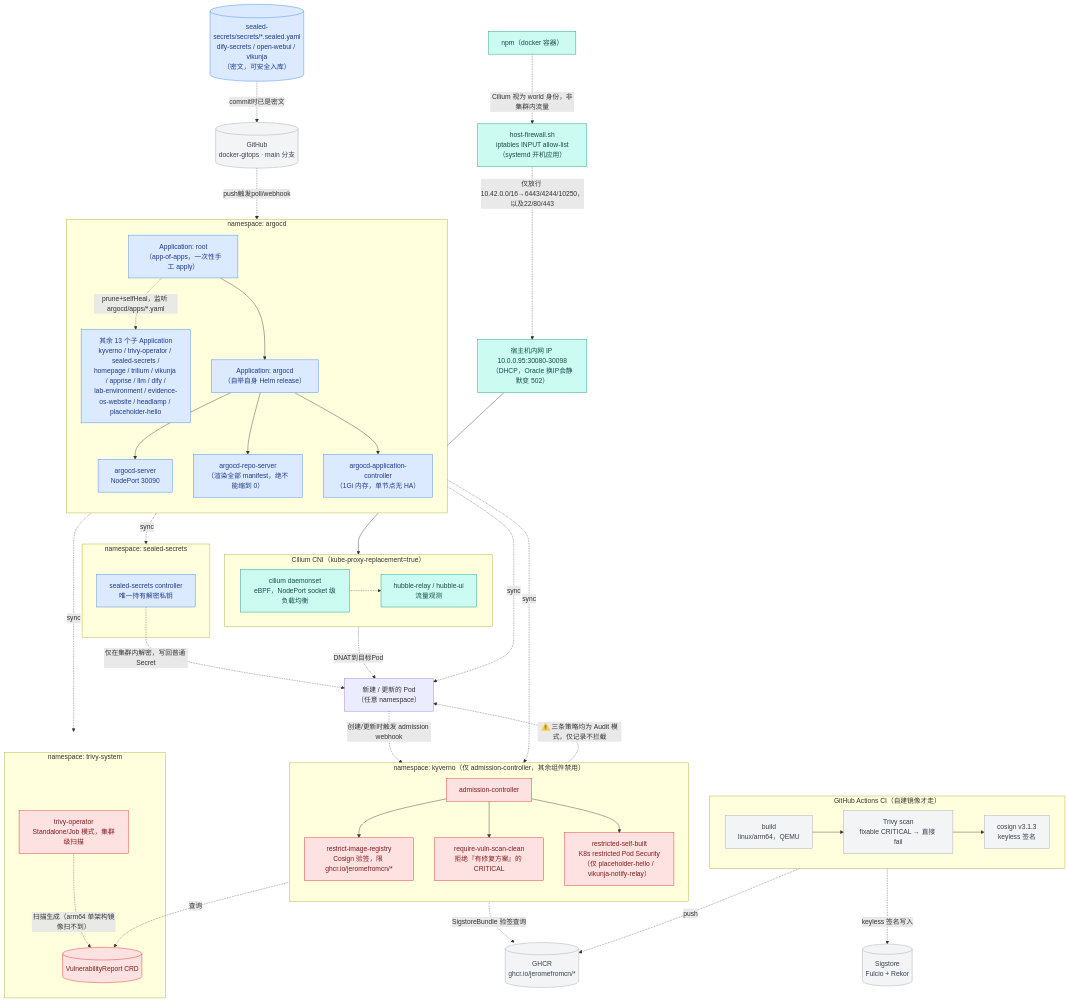
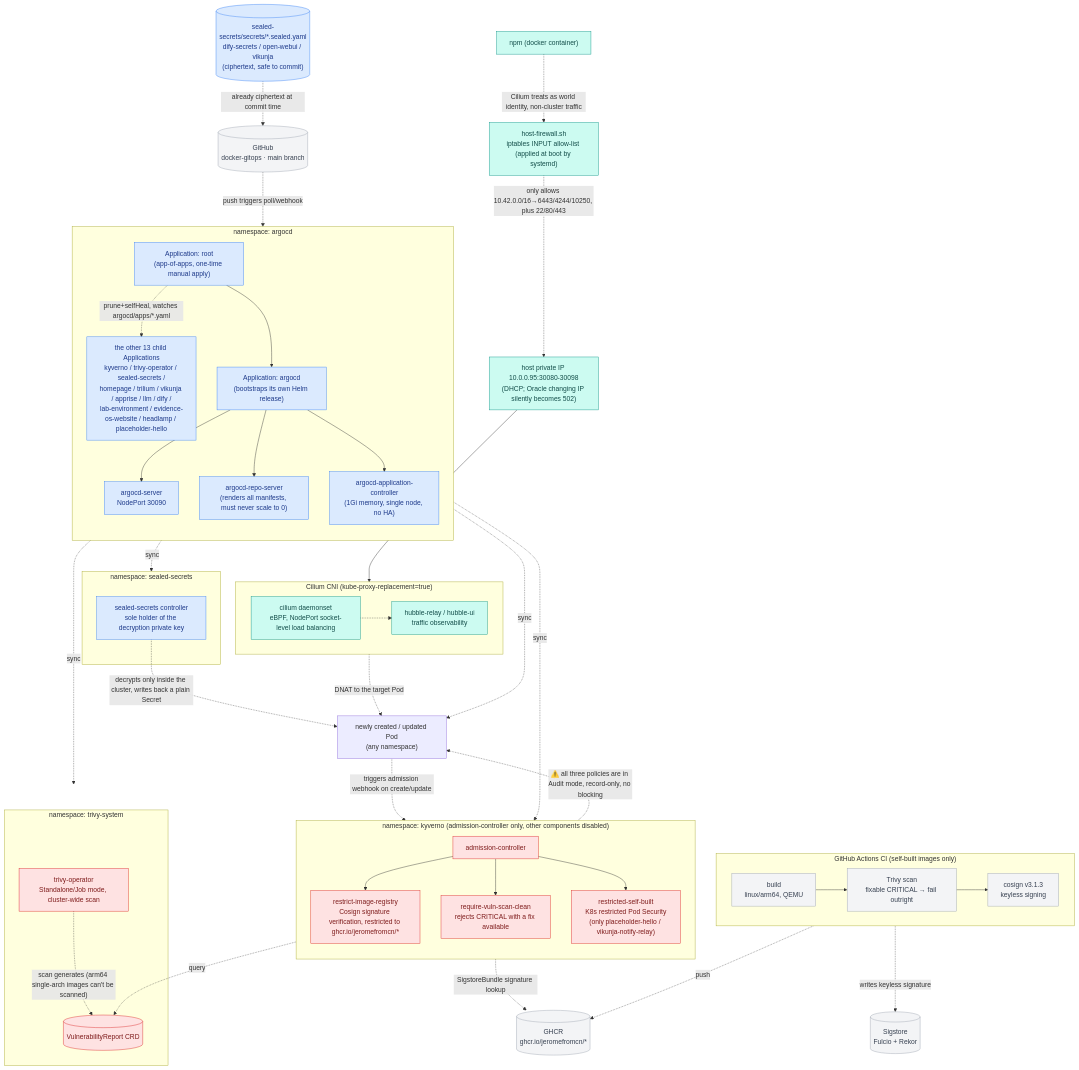
Before and after one commit to Jeromefromcn/docker-gitops: the second of 2 diagrams in docs/container-topology/v2.md, drawn with Mermaid. The commit also changed other lines of this file and 155 other files, not shown here.

````diff
--- a/docs/container-topology/v2.md
+++ b/docs/container-topology/v2.md
@@ -209,59 +209,59 @@
 ```mermaid
 flowchart TB
-    GH[("GitHub<br/>docker-gitops · main 分支")]
+    GH[("GitHub<br/>docker-gitops · main branch")]
     GHCR[("GHCR<br/>ghcr.io/jeromefromcn/*")]
     Sigstore[("Sigstore<br/>Fulcio + Rekor")]
 
-    subgraph CI["GitHub Actions CI（自建镜像才走）"]
+    subgraph CI["GitHub Actions CI (self-built images only)"]
         direction LR
-        ciBuild["build<br/>linux/arm64，QEMU"]
-        ciTrivy["Trivy scan<br/>fixable CRITICAL → 直接 fail"]
-        ciCosign["cosign v3.1.3<br/>keyless 签名"]
+        ciBuild["build<br/>linux/arm64, QEMU"]
+        ciTrivy["Trivy scan<br/>fixable CRITICAL → fail outright"]
+        ciCosign["cosign v3.1.3<br/>keyless signing"]
         ciBuild --> ciTrivy --> ciCosign
     end
 
     subgraph ArgoCD["namespace: argocd"]
         direction TB
-        root["Application: root<br/>（app-of-apps，一次性手工 apply）"]
-        argocdSelf["Application: argocd<br/>（自举自身 Helm release）"]
-        children["其余 13 个子 Application<br/>kyverno / trivy-operator / sealed-secrets /<br/>homepage / trilium / vikunja / apprise / llm / dify /<br/>lab-environment / evidence-os-website / headlamp / placeholder-hello"]
+        root["Application: root<br/>(app-of-apps, one-time manual apply)"]
+        argocdSelf["Application: argocd<br/>(bootstraps its own Helm release)"]
+        children["the other 13 child Applications<br/>kyverno / trivy-operator / sealed-secrets /<br/>homepage / trilium / vikunja / apprise / llm / dify /<br/>lab-environment / evidence-os-website / headlamp / placeholder-hello"]
         argocdServer["argocd-server<br/>NodePort 30090"]
-        argocdRepo["argocd-repo-server<br/>（渲染全部 manifest，绝不能缩到 0）"]
-        argocdCtrl["argocd-application-controller<br/>（1Gi 内存，单节点无 HA）"]
+        argocdRepo["argocd-repo-server<br/>(renders all manifests, must never scale to 0)"]
+        argocdCtrl["argocd-application-controller<br/>(1Gi memory, single node, no HA)"]
     end
 
     subgraph Sealed["namespace: sealed-secrets"]
-        sealedCtrl["sealed-secrets controller<br/>唯一持有解密私钥"]
+        sealedCtrl["sealed-secrets controller<br/>sole holder of the decryption private key"]
     end
-    sealedFiles[("sealed-secrets/secrets/*.sealed.yaml<br/>dify-secrets / open-webui / vikunja<br/>（密文，可安全入库）")]
+    sealedFiles[("sealed-secrets/secrets/*.sealed.yaml<br/>dify-secrets / open-webui / vikunja<br/>(ciphertext, safe to commit)")]
 
-    subgraph Kyverno["namespace: kyverno（仅 admission-controller，其余组件禁用）"]
+    subgraph Kyverno["namespace: kyverno (admission-controller only, other components disabled)"]
         direction TB
         kyvernoAdm["admission-controller"]
-        polRegistry["restrict-image-registry<br/>Cosign 验签，限 ghcr.io/jeromefromcn/*"]
-        polVuln["require-vuln-scan-clean<br/>拒绝『有修复方案』的 CRITICAL"]
-        polPSS["restricted-self-built<br/>K8s restricted Pod Security<br/>（仅 placeholder-hello / vikunja-notify-relay）"]
+        polRegistry["restrict-image-registry<br/>Cosign signature verification, restricted to ghcr.io/jeromefromcn/*"]
+        polVuln["require-vuln-scan-clean<br/>rejects CRITICAL with a fix available"]
+        polPSS["restricted-self-built<br/>K8s restricted Pod Security<br/>(only placeholder-hello / vikunja-notify-relay)"]
     end
 
     subgraph Trivy["namespace: trivy-system"]
-        trivyOp["trivy-operator<br/>Standalone/Job 模式，集群级扫描"]
+        trivyOp["trivy-operator<br/>Standalone/Job mode, cluster-wide scan"]
         vulnReport[("VulnerabilityReport CRD")]
     end
 
-    Pod["新建 / 更新的 Pod<br/>（任意 namespace）"]
+    Pod["newly created / updated Pod<br/>(any namespace)"]
 
-    subgraph Cilium["Cilium CNI（kube-proxy-replacement=true）"]
+    subgraph Cilium["Cilium CNI (kube-proxy-replacement=true)"]
         direction LR
-        ciliumAgent["cilium daemonset<br/>eBPF，NodePort socket 级负载均衡"]
-        hubble["hubble-relay / hubble-ui<br/>流量观测"]
+        ciliumAgent["cilium daemonset<br/>eBPF, NodePort socket-level load balancing"]
+        hubble["hubble-relay / hubble-ui<br/>traffic observability"]
     end
 
-    NPM["npm（docker 容器）"]
-    HostFW["host-firewall.sh<br/>iptables INPUT allow-list（systemd 开机应用）"]
-    HostIP["宿主机内网 IP 10.0.0.95:30080-30098<br/>（DHCP，Oracle 换IP会静默变 502）"]
+    NPM["npm (docker container)"]
+    HostFW["host-firewall.sh<br/>iptables INPUT allow-list (applied at boot by systemd)"]
+    HostIP["host private IP 10.0.0.95:30080-30098<br/>(DHCP; Oracle changing IP silently becomes 502)"]
 
-    GH -."push触发poll/webhook".-> root
-    root -."prune+selfHeal，监听 argocd/apps/*.yaml".-> children
+    GH -."push triggers poll/webhook".-> root
+    root -."prune+selfHeal, watches argocd/apps/*.yaml".-> children
     root --> argocdSelf
     argocdSelf --> argocdServer
     argocdSelf --> argocdRepo
@@ -272,24 +272,24 @@
     children -."sync".-> Pod
 
     ciCosign -."push".-> GHCR
-    ciCosign -."keyless 签名写入".-> Sigstore
+    ciCosign -."writes keyless signature".-> Sigstore
 
-    sealedFiles -."commit时已是密文".-> GH
-    sealedCtrl -."仅在集群内解密，写回普通 Secret".-> Pod
+    sealedFiles -."already ciphertext at commit time".-> GH
+    sealedCtrl -."decrypts only inside the cluster, writes back a plain Secret".-> Pod
 
-    Pod -."创建/更新时触发 admission webhook".-> kyvernoAdm
+    Pod -."triggers admission webhook on create/update".-> kyvernoAdm
     kyvernoAdm --> polRegistry
     kyvernoAdm --> polVuln
     kyvernoAdm --> polPSS
-    polRegistry -."SigstoreBundle 验签查询".-> GHCR
-    polVuln -."查询".-> vulnReport
-    trivyOp -."扫描生成（arm64 单架构镜像扫不到）".-> vulnReport
-    polPSS -."⚠️ 三条策略均为 Audit 模式，仅记录不拦截".-> Pod
+    polRegistry -."SigstoreBundle signature lookup".-> GHCR
+    polVuln -."query".-> vulnReport
+    trivyOp -."scan generates (arm64 single-arch images can't be scanned)".-> vulnReport
+    polPSS -."⚠️ all three policies are in Audit mode, record-only, no blocking".-> Pod
 
-    NPM -."Cilium 视为 world 身份，非集群内流量".-> HostFW
-    HostFW -."仅放行 10.42.0.0/16→6443/4244/10250，以及22/80/443".-> HostIP
+    NPM -."Cilium treats as world identity, non-cluster traffic".-> HostFW
+    HostFW -."only allows 10.42.0.0/16→6443/4244/10250, plus 22/80/443".-> HostIP
     HostIP --> ciliumAgent
-    ciliumAgent -."DNAT到目标Pod".-> Pod
+    ciliumAgent -."DNAT to the target Pod".-> Pod
     ciliumAgent -.-> hubble
 
     classDef gitops fill:#dbeafe,stroke:#3b82f6,color:#1e3a8a
````
